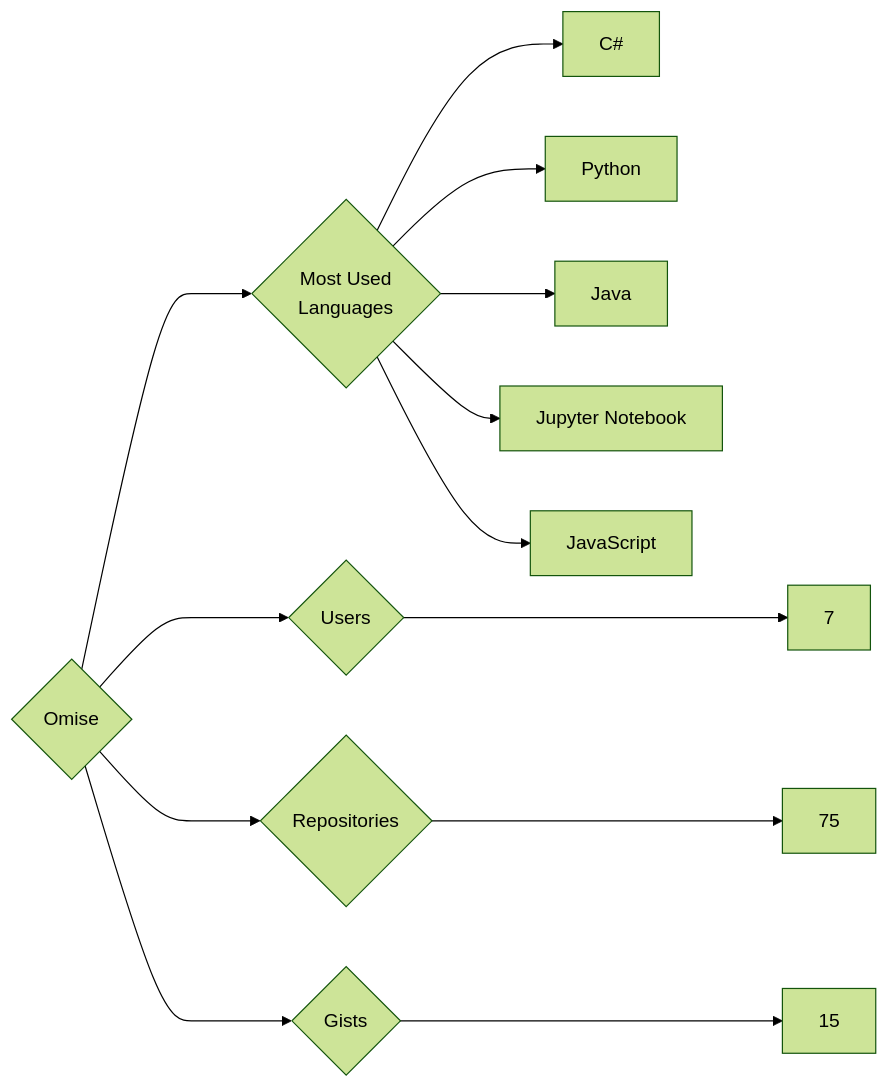
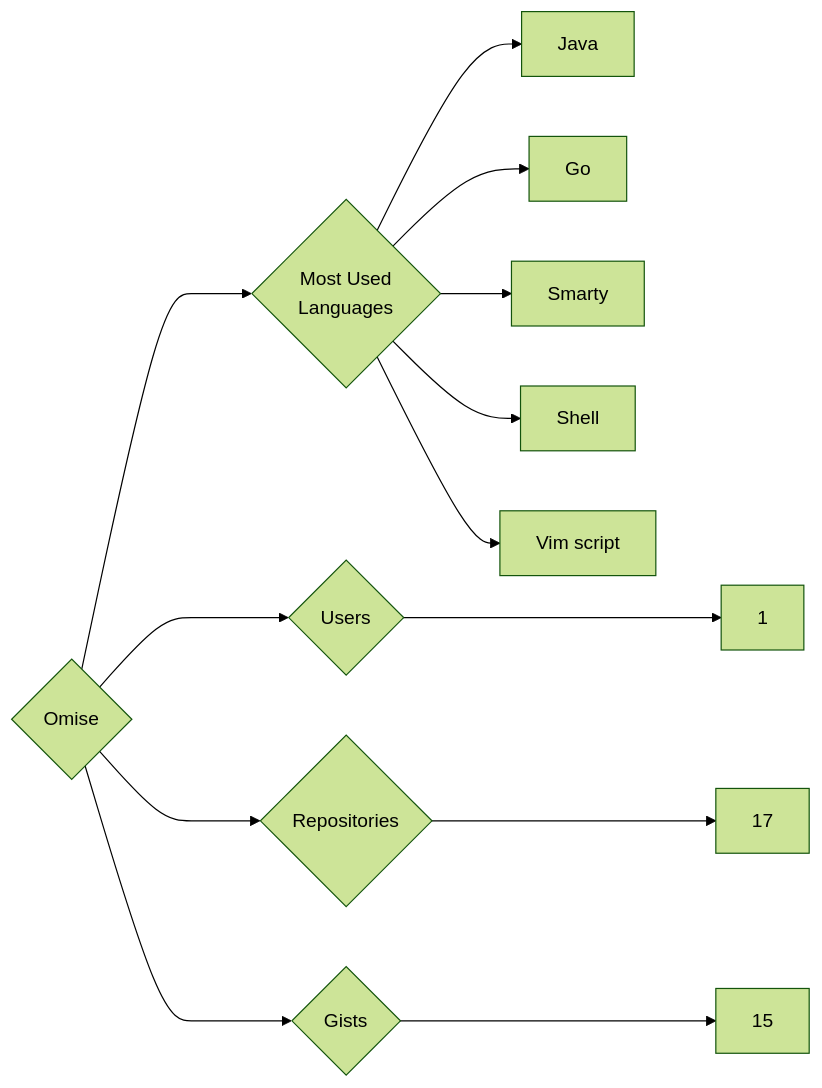
Before and after one commit to trickest/insiders: the diagram in targets/Omise/README.md, drawn with Mermaid (forest theme). The commit also changed 969 other files, not shown here.

````diff
--- a/targets/Omise/README.md
+++ b/targets/Omise/README.md
@@ -3,13 +3,13 @@
 ```mermaid
 graph LR
 COMPANY_NAME{Omise}
-COMPANY_NAME ---> U{Users} ---> UN[7]
-COMPANY_NAME ---> R{Repositories} ---> RN[75]
+COMPANY_NAME ---> U{Users} ---> UN[1]
+COMPANY_NAME ---> R{Repositories} ---> RN[17]
 COMPANY_NAME ---> G{Gists} ---> GN[15]
 COMPANY_NAME ---> ML{Most Used<br>Languages}
-ML --> C#[C#]
-ML --> Python[Python]
 ML --> Java[Java]
-ML --> Jupyter_Notebook[Jupyter Notebook]
-ML --> JavaScript[JavaScript]
+ML --> Go[Go]
+ML --> Smarty[Smarty]
+ML --> Shell[Shell]
+ML --> Vim_script[Vim script]
 ```
````
